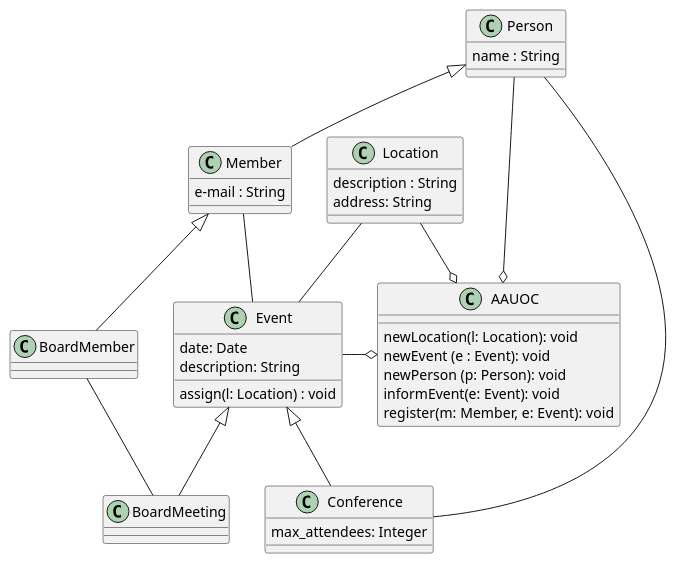
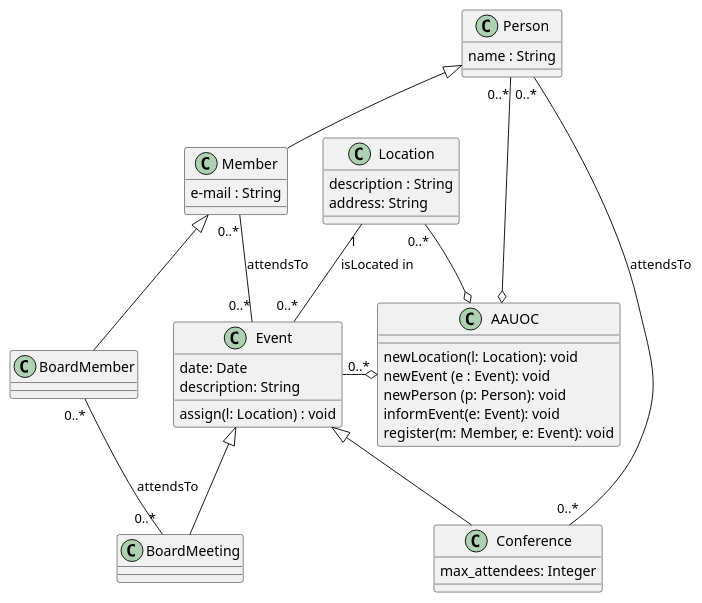
One commit to Jonycuenca/UMLClases_Jonattan changed the diagram in DiagramaUML.puml. Above: the diagram before and after it, drawn with PlantUML. The commit also changed 2 other files, not shown here.

```diff
--- a/DiagramaUML.puml
+++ b/DiagramaUML.puml
@@ -1,50 +1,50 @@
 @startuml
 
     class Member {
         e-mail : String
     }
     class BoardMember {
         }
     class Person {
         name : String
             }
     class Event {
         date: Date
         description: String
         assign(l: Location) : void
         }
     class Conference {
         max_attendees: Integer
         }
     class BoardMeeting {
 
         }
     class Location {
         description : String
         address: String
         }
     class AAUOC{
         newLocation(l: Location): void
         newEvent (e : Event): void
         newPerson (p: Person): void
         informEvent(e: Event): void
         register(m: Member, e: Event): void
 
     }
 
     Event <|-- Conference
     Event <|-- BoardMeeting
 
     Person  <|-- Member
     Member <|-- BoardMember
 
-    Location -o AAUOC
-    Event -o AAUOC
-    Person -o AAUOC
+    Location "0..*" -o AAUOC
+    Event "0..*" -o AAUOC
+    Person "0..*" -o AAUOC
 
-    Location -- Event
-    Member -- Event
-    Person -- Conference
-    BoardMember -- BoardMeeting
+    Location "1" -- "0..*" Event : isLocated in
+    Member "0..*" -- "0..*" Event : attendsTo
+    Person "0..*" -- "0..*" Conference : attendsTo
+    BoardMember "0..*" -- "0..*" BoardMeeting   : attendsTo
 
 @enduml
```
